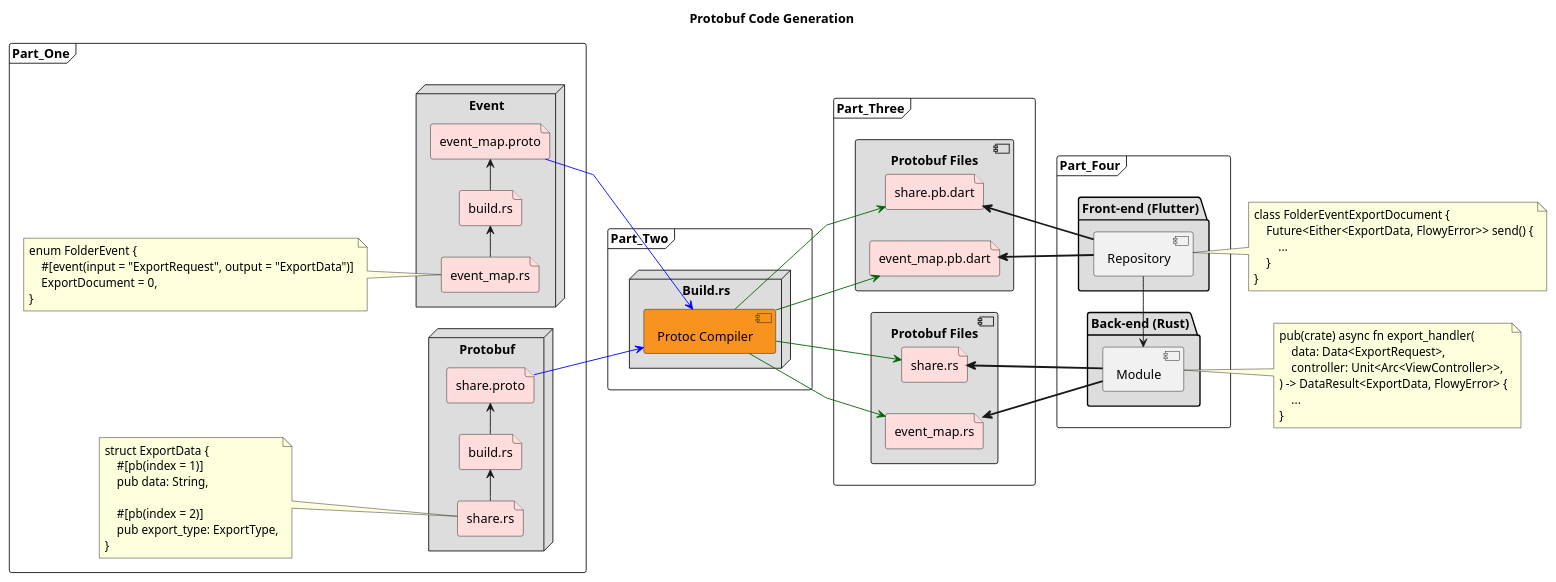
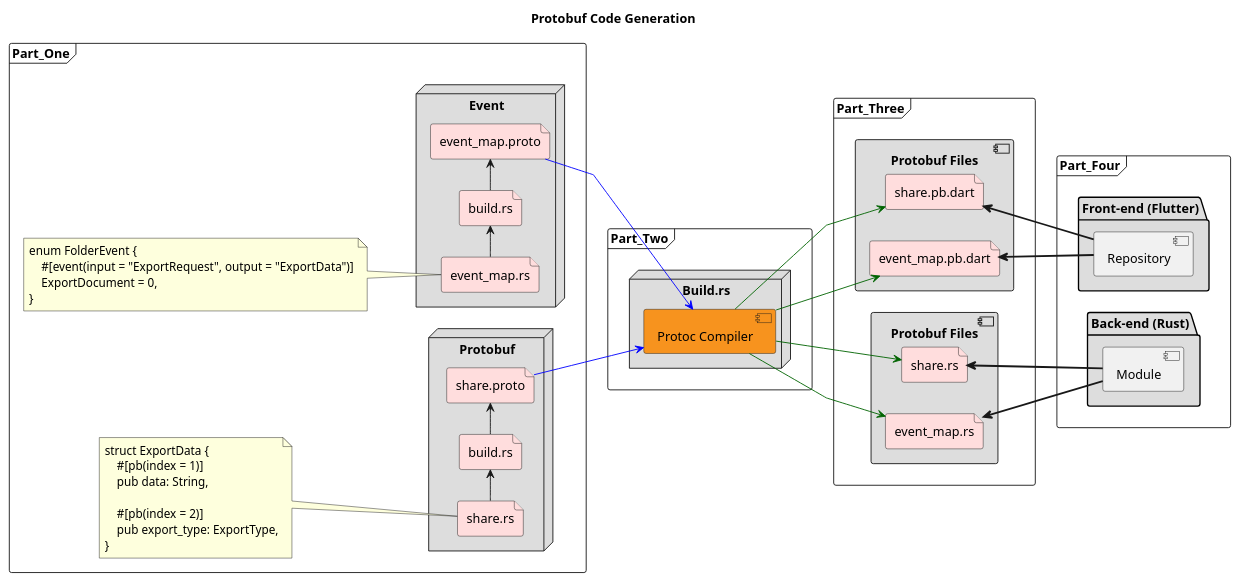
Before and after one commit to AppFlowy-IO/AppFlowy-Docs: the second of 3 diagrams in uml/dart_flowy_sdk/event_map.plantuml, drawn with PlantUML. The commit also changed other lines of this file and 4 other files, not shown here.

```diff
--- a/uml/dart_flowy_sdk/event_map.plantuml
+++ b/uml/dart_flowy_sdk/event_map.plantuml
@@ -24,100 +24,83 @@
 @startuml FlowySDK
 title Protobuf Code Generation
 left to right direction
 skinparam linetype polyline
 'skinparam monochrome reverse
 
 frame Part_One {
     node "Event" #DDDDDD {
         file EventSource as "event_map.rs" #FFDDDD
         file EventCodeGen as "build.rs" #FFDDDD
         file EventDefine as "event_map.proto" #FFDDDD
     }
     note left of EventSource
     enum FolderEvent {
         #[event(input = "ExportRequest", output = "ExportData")]
         ExportDocument = 0,
     }
     end note
 
     node "Protobuf" #DDDDDD {
         file PBSource as "share.rs" #FFDDDD
         file PBCodeGen as "build.rs" #FFDDDD
         file PBDefine as "share.proto" #FFDDDD
     }
     note left of PBSource
     struct ExportData {
         #[pb(index = 1)]
         pub data: String,
 
         #[pb(index = 2)]
         pub export_type: ExportType,
     }
     end note
 
     EventSource -> EventCodeGen
         EventCodeGen -> EventDefine
         PBSource -> PBCodeGen
         PBCodeGen -> PBDefine
 }
 
 frame Part_Two {
     node "Build.rs" #DDDDDD {
         component Builder as "Protoc Compiler" #F7931E
     }
 }
 
 
 frame Part_Three {
     component Protobuf_Files_Dart as "Protobuf Files" #DDDDDD {
         file dart_event as "event_map.pb.dart" #FFDDDD
         file dart_pb as "share.pb.dart" #FFDDDD
     }
 
     component Protobuf_Files_Rust as "Protobuf Files" #DDDDDD {
         file rust_event as "event_map.rs" #FFDDDD
         file rust_pb as "share.rs" #FFDDDD
     }
 }
 
 frame Part_Four {
     package "Front-end (Flutter)" #DDDDDD {
         component Repository
     }
 
     package "Back-end (Rust)" #DDDDDD {
         component Module
     }
 }
 
 EventDefine -[#blue]-> Builder
 PBDefine -[#blue]-> Builder
 
 Builder -[#DarkGreen]-> dart_event
 Builder -[#DarkGreen]-> dart_pb
 Builder -[#DarkGreen]-> rust_event
 Builder -[#DarkGreen]-> rust_pb
 
 Repository -[bold]up-> dart_event
 Repository -[bold]up-> dart_pb
 
 Module -[bold]up-> rust_event
 Module -[bold]up-> rust_pb
-Repository -> Module
-note right of Repository
-class FolderEventExportDocument {
-    Future<Either<ExportData, FlowyError>> send() {
-        ...
-    }
-}
-end note
-
-note right of Module
-pub(crate) async fn export_handler(
-    data: Data<ExportRequest>,
-    controller: Unit<Arc<ViewController>>,
-) -> DataResult<ExportData, FlowyError> {
-    ...
-}
-end note
 @enduml
```
